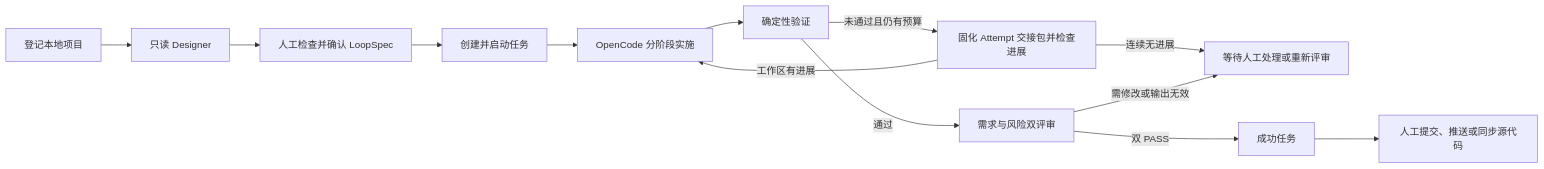
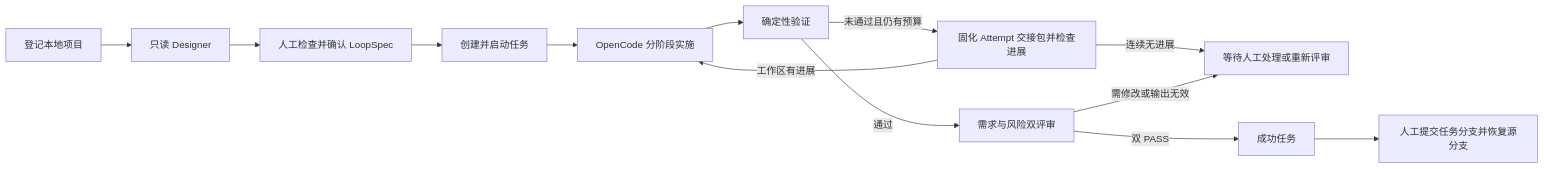
The diagram in README.md (wangyufengsky/opencode-loopper), drawn with Mermaid before and after one commit. The commit also changed other lines of this file and 23 other files, not shown here.

````diff
--- a/README.md
+++ b/README.md
@@ -48,15 +48,15 @@
 ```mermaid
 flowchart LR
     A["登记本地项目"] --> B["只读 Designer"]
     B --> C["人工检查并确认 LoopSpec"]
     C --> D["创建并启动任务"]
     D --> E["OpenCode 分阶段实施"]
     E --> F["确定性验证"]
     F -->|未通过且仍有预算| K["固化 Attempt 交接包并检查进展"]
     K -->|工作区有进展| E
     K -->|连续无进展| H
     F -->|通过| G["需求与风险双评审"]
     G -->|需修改或输出无效| H["等待人工处理或重新评审"]
     G -->|双 PASS| I["成功任务"]
-    I --> J["人工提交、推送或同步源代码"]
+    I --> J["人工提交任务分支并恢复源分支"]
 ```
````
